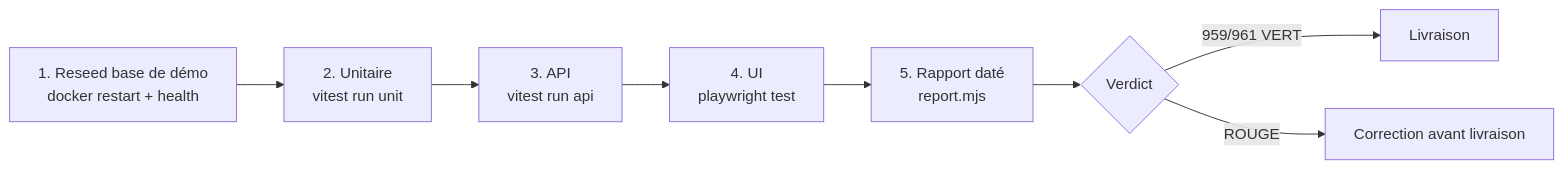
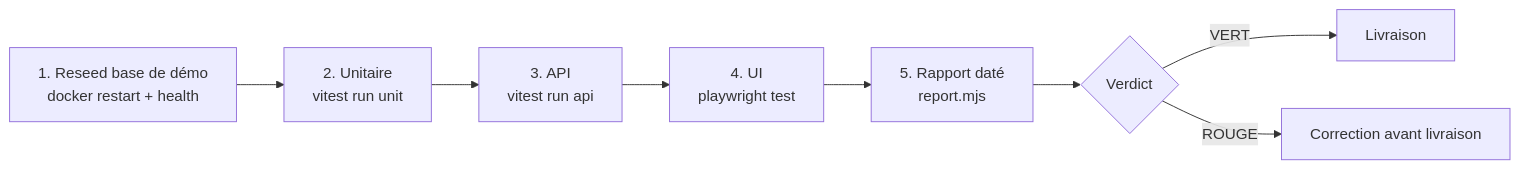
Before and after one commit to melafrit/FAD130_accompagnement_pro: the fourth of 4 diagrams in app/api/src/wiki/content/testing-strategy.md, drawn with Mermaid. The commit also changed other lines of this file and 14 other files, not shown here.

````diff
--- a/app/api/src/wiki/content/testing-strategy.md
+++ b/app/api/src/wiki/content/testing-strategy.md
@@ -167,10 +186,10 @@
 ```mermaid
 flowchart LR
     S1[1. Reseed base de démo<br/>docker restart + health] --> S2[2. Unitaire<br/>vitest run unit]
     S2 --> S3[3. API<br/>vitest run api]
     S3 --> S4[4. UI<br/>playwright test]
     S4 --> S5[5. Rapport daté<br/>report.mjs]
     S5 --> V{Verdict}
-    V -->|959/961 VERT| OK[Livraison]
+    V -->|VERT| OK[Livraison]
     V -->|ROUGE| KO[Correction avant livraison]
 ```
````
